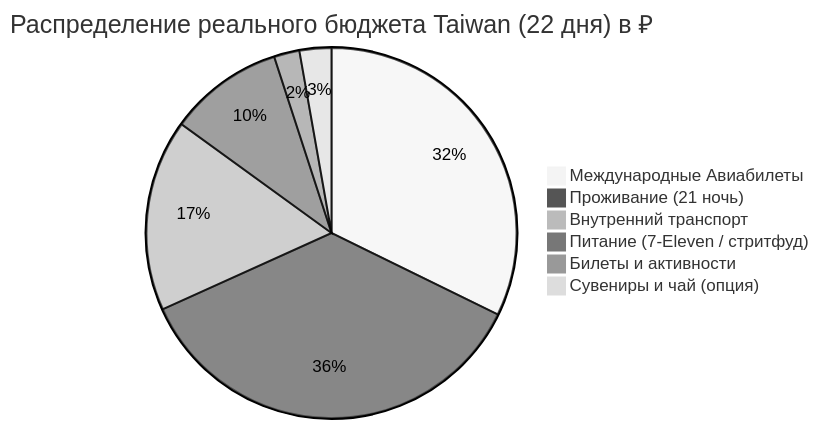
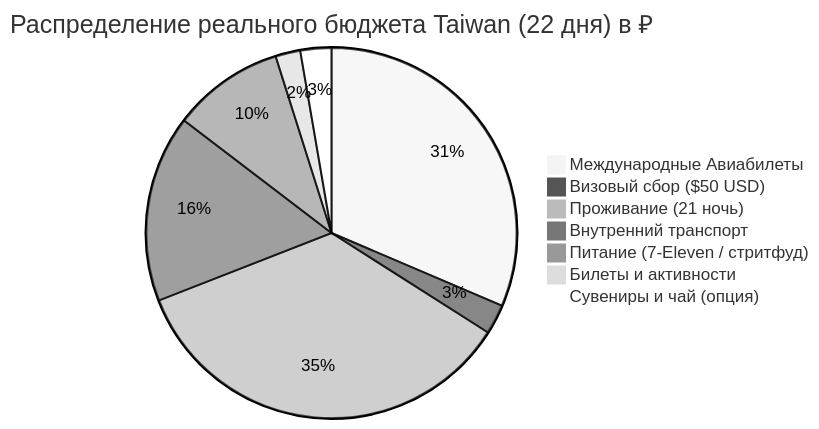
Before and after one commit to injurka/obsidian-mark: the diagram in Personal Note/Travel/-- Taiwan/04 - Финансы/Финансы.md, drawn with Mermaid (neutral theme). The commit also changed other lines of this file and 20 other files, not shown here.

````diff
--- a/Personal Note/Travel/-- Taiwan/04 - Финансы/Финансы.md
+++ b/Personal Note/Travel/-- Taiwan/04 - Финансы/Финансы.md
@@ -11,9 +12,10 @@
 ```mermaid
 pie title Распределение реального бюджета Taiwan (22 дня) в ₽
     "Международные Авиабилеты" : 58000
+    "Визовый сбор ($50 USD)" : 4800
     "Проживание (21 ночь)" : 64721
     "Внутренний транспорт" : 30100
     "Питание (7-Eleven / стритфуд)" : 18000
     "Билеты и активности" : 4000
     "Сувениры и чай (опция)" : 5000
 ```
````
